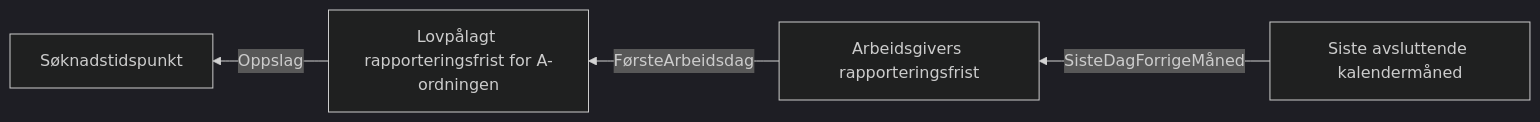
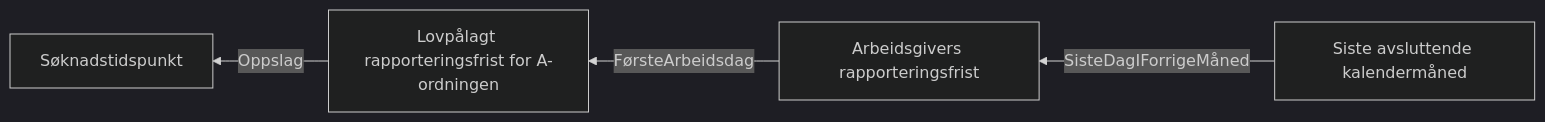
Before and after one commit to navikt/dp-vedtak: the diagram in docs/regler/Dagpengeforskriften § 3A-2. Siste avsluttede kalendermåned.approved.md, drawn with Mermaid (dark theme). The commit also changed 1 other file, not shown here.

Commit message:
Legg til I i ForrigeMåned Co-authored-by: Geir André Lund <geir.andre.lund@nav.no>

````diff
--- a/docs/regler/Dagpengeforskriften § 3A-2. Siste avsluttede kalendermåned.approved.md
+++ b/docs/regler/Dagpengeforskriften § 3A-2. Siste avsluttede kalendermåned.approved.md
@@ -5,6 +5,6 @@
 ```mermaid
                     graph RL
   A["Lovpålagt rapporteringsfrist for A-ordningen"] -->|Oppslag| B["Søknadstidspunkt"]
   C["Arbeidsgivers rapporteringsfrist"] -->|FørsteArbeidsdag| A["Lovpålagt rapporteringsfrist for A-ordningen"]
-  D["Siste avsluttende kalendermåned"] -->|SisteDagForrigeMåned| C["Arbeidsgivers rapporteringsfrist"]
+  D["Siste avsluttende kalendermåned"] -->|SisteDagIForrigeMåned| C["Arbeidsgivers rapporteringsfrist"]
 ```
````
